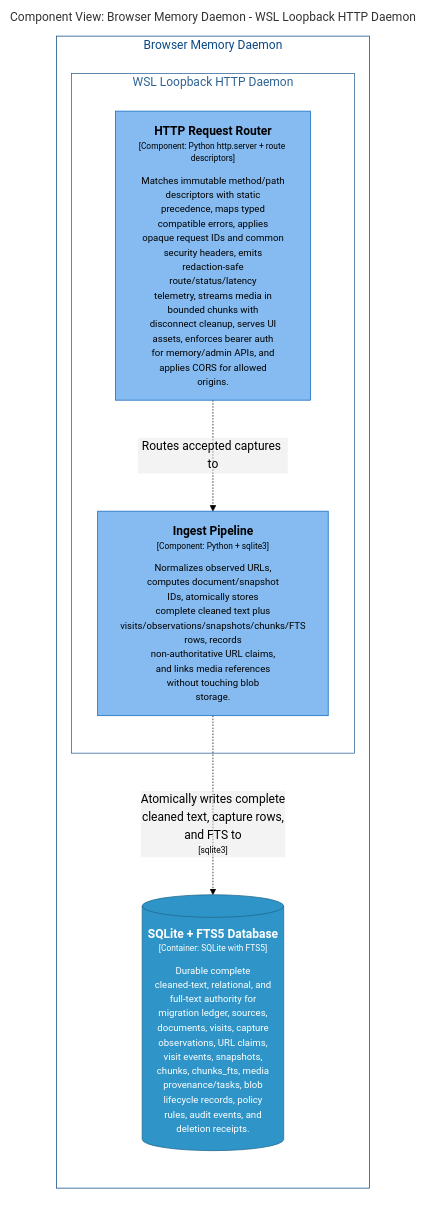
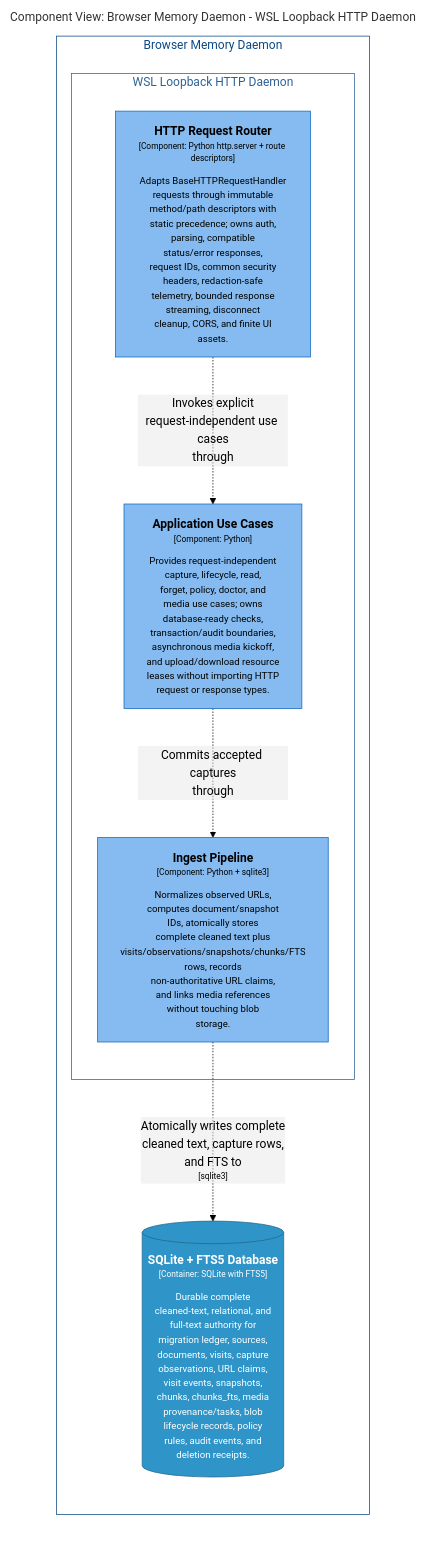
One commit to michaelnicks0/browser-memory-daemon changed the diagram in docs/architecture/diagrams/markdown/DaemonIngestComponents.md. Above: the diagram before and after it, drawn with Mermaid (forest theme). The commit also changed 189 other files, not shown here.

Commit message:
refactor(http): extract application use cases

````diff
--- a/docs/architecture/diagrams/markdown/DaemonIngestComponents.md
+++ b/docs/architecture/diagrams/markdown/DaemonIngestComponents.md
@@ -16,28 +16,31 @@
 ```mermaid
 graph LR
   linkStyle default fill:#ffffff
 
   subgraph diagram ["Component View: Browser Memory Daemon - WSL Loopback HTTP Daemon"]
     style diagram fill:#ffffff,stroke:#ffffff
 
     subgraph 4 ["Browser Memory Daemon"]
       style 4 fill:#ffffff,stroke:#0b4884,color:#0b4884
 
       subgraph 22 ["WSL Loopback HTTP Daemon"]
         style 22 fill:#ffffff,stroke:#2e6295,color:#2e6295
 
-        23["<div style='font-weight: bold'>HTTP Request Router</div><div style='font-size: 70%; margin-top: 0px'>[Component: Python http.server + route descriptors]</div><div style='font-size: 80%; margin-top:10px'>Matches immutable method/path<br />descriptors with static<br />precedence, maps typed<br />compatible errors, applies<br />opaque request IDs and common<br />security headers, emits<br />redaction-safe<br />route/status/latency<br />telemetry, streams media in<br />bounded chunks with<br />disconnect cleanup, serves UI<br />assets, enforces bearer auth<br />for memory/admin APIs, and<br />applies CORS for allowed<br />origins.</div>"]
+        23["<div style='font-weight: bold'>HTTP Request Router</div><div style='font-size: 70%; margin-top: 0px'>[Component: Python http.server + route descriptors]</div><div style='font-size: 80%; margin-top:10px'>Adapts BaseHTTPRequestHandler<br />requests through immutable<br />method/path descriptors with<br />static precedence; owns auth,<br />parsing, compatible<br />status/error responses,<br />request IDs, common security<br />headers, redaction-safe<br />telemetry, bounded response<br />streaming, disconnect<br />cleanup, CORS, and finite UI<br />assets.</div>"]
         style 23 fill:#85bbf0,stroke:#1168bd,color:#000000
-        27["<div style='font-weight: bold'>Ingest Pipeline</div><div style='font-size: 70%; margin-top: 0px'>[Component: Python + sqlite3]</div><div style='font-size: 80%; margin-top:10px'>Normalizes observed URLs,<br />computes document/snapshot<br />IDs, atomically stores<br />complete cleaned text plus<br />visits/observations/snapshots/chunks/FTS<br />rows, records<br />non-authoritative URL claims,<br />and links media references<br />without touching blob<br />storage.</div>"]
-        style 27 fill:#85bbf0,stroke:#1168bd,color:#000000
+        24["<div style='font-weight: bold'>Application Use Cases</div><div style='font-size: 70%; margin-top: 0px'>[Component: Python]</div><div style='font-size: 80%; margin-top:10px'>Provides request-independent<br />capture, lifecycle, read,<br />forget, policy, doctor, and<br />media use cases; owns<br />database-ready checks,<br />transaction/audit boundaries,<br />asynchronous media kickoff,<br />and upload/download resource<br />leases without importing HTTP<br />request or response types.</div>"]
+        style 24 fill:#85bbf0,stroke:#1168bd,color:#000000
+        28["<div style='font-weight: bold'>Ingest Pipeline</div><div style='font-size: 70%; margin-top: 0px'>[Component: Python + sqlite3]</div><div style='font-size: 80%; margin-top:10px'>Normalizes observed URLs,<br />computes document/snapshot<br />IDs, atomically stores<br />complete cleaned text plus<br />visits/observations/snapshots/chunks/FTS<br />rows, records<br />non-authoritative URL claims,<br />and links media references<br />without touching blob<br />storage.</div>"]
+        style 28 fill:#85bbf0,stroke:#1168bd,color:#000000
       end
 
-      47[("<div style='font-weight: bold'>SQLite + FTS5 Database</div><div style='font-size: 70%; margin-top: 0px'>[Container: SQLite with FTS5]</div><div style='font-size: 80%; margin-top:10px'>Durable complete<br />cleaned-text, relational, and<br />full-text authority for<br />migration ledger, sources,<br />documents, visits, capture<br />observations, URL claims,<br />visit events, snapshots,<br />chunks, chunks_fts, media<br />provenance/tasks, blob<br />lifecycle records, policy<br />rules, audit events, and<br />deletion receipts.</div>")]
-      style 47 fill:#2f95c8,stroke:#20688c,color:#ffffff
+      48[("<div style='font-weight: bold'>SQLite + FTS5 Database</div><div style='font-size: 70%; margin-top: 0px'>[Container: SQLite with FTS5]</div><div style='font-size: 80%; margin-top:10px'>Durable complete<br />cleaned-text, relational, and<br />full-text authority for<br />migration ledger, sources,<br />documents, visits, capture<br />observations, URL claims,<br />visit events, snapshots,<br />chunks, chunks_fts, media<br />provenance/tasks, blob<br />lifecycle records, policy<br />rules, audit events, and<br />deletion receipts.</div>")]
+      style 48 fill:#2f95c8,stroke:#20688c,color:#ffffff
     end
 
-    23-. "<div>Routes accepted captures to</div><div style='font-size: 70%'></div>" .->27
-    27-. "<div>Atomically writes complete<br />cleaned text, capture rows,<br />and FTS to</div><div style='font-size: 70%'>[sqlite3]</div>" .->47
+    23-. "<div>Invokes explicit<br />request-independent use cases<br />through</div><div style='font-size: 70%'></div>" .->24
+    24-. "<div>Commits accepted captures<br />through</div><div style='font-size: 70%'></div>" .->28
+    28-. "<div>Atomically writes complete<br />cleaned text, capture rows,<br />and FTS to</div><div style='font-size: 70%'>[sqlite3]</div>" .->48
 
   end
 ```
````
